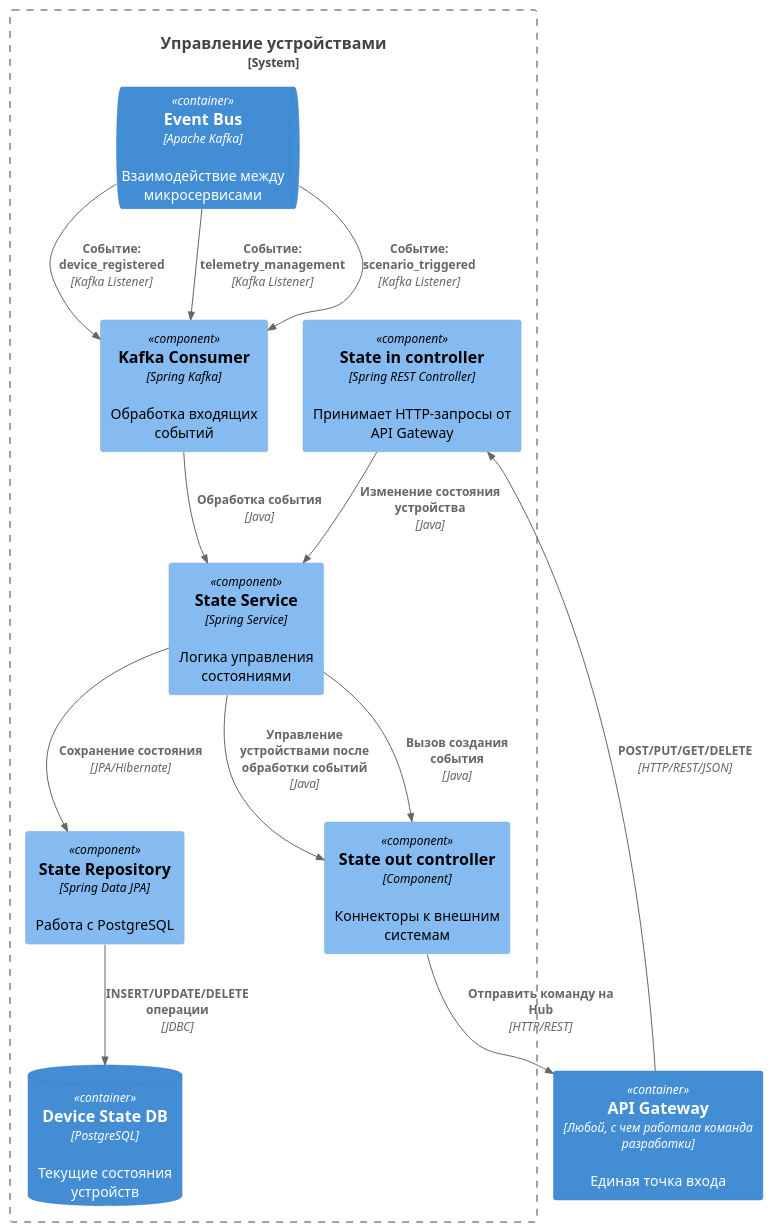
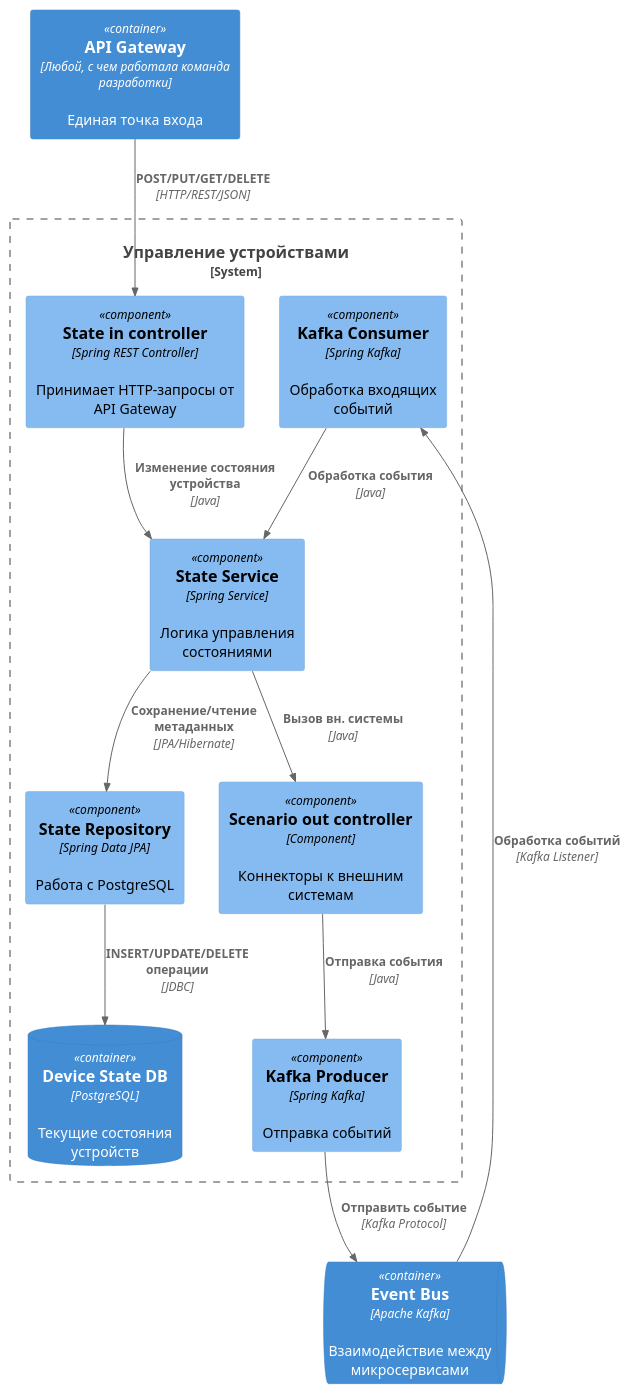
The diagram in to_be_architecture/device_manager.puml (Azhdankov/architecture-sprint-3), drawn with PlantUML before and after one commit. The commit also changed 17 other files, not shown here.

```diff
--- a/to_be_architecture/device_manager.puml
+++ b/to_be_architecture/device_manager.puml
@@ -1,30 +1,29 @@
 @startuml DeviceStateManagerComponents
 !include https://raw.githubusercontent.com/plantuml-stdlib/C4-PlantUML/master/C4_Component.puml
 
 System_Boundary(device_manager_boundary, "Управление устройствами") {
     ContainerDb(device_state_db, "Device State DB", "PostgreSQL", "Текущие состояния устройств")
-    ContainerQueue(kafka, "Event Bus", "Apache Kafka", "Взаимодействие между микросервисами")
 
     Component(state_in, "State in controller", "Spring REST Controller", "Принимает HTTP-запросы от API Gateway")
-    Component(state_out, "State out controller", "Component", "Коннекторы к внешним системам")
     Component(state_service, "State Service", "Spring Service", "Логика управления состояниями")
     Component(state_repository, "State Repository", "Spring Data JPA", "Работа с PostgreSQL")
+    Component(state_out, "Scenario out controller", "Component", "Коннекторы к внешним системам")
     Component(kafka_consumer, "Kafka Consumer", "Spring Kafka", "Обработка входящих событий")
+    Component(kafka_producer, "Kafka Producer", "Spring Kafka", "Отправка событий")
 }
 
+ContainerQueue(kafka, "Event Bus", "Apache Kafka", "Взаимодействие между микросервисами")
 Container(api_gateway, "API Gateway", "Любой, с чем работала команда разработки", "Единая точка входа")
 
 Rel(api_gateway, state_in, "POST/PUT/GET/DELETE", "HTTP/REST/JSON")
 
 Rel(state_in, state_service, "Изменение состояния устройства", "Java")
-Rel(state_service, state_repository, "Сохранение состояния", "JPA/Hibernate")
+Rel(state_service, state_repository, "Сохранение/чтение метаданных", "JPA/Hibernate")
 Rel(state_repository, device_state_db, "INSERT/UPDATE/DELETE операции", "JDBC")
-Rel(state_service, state_out, "Вызов создания события", "Java")
-Rel(kafka, kafka_consumer, "Событие: device_registered", "Kafka Listener")
-Rel(kafka, kafka_consumer, "Событие: telemetry_management", "Kafka Listener")
-Rel(kafka, kafka_consumer, "Событие: scenario_triggered", "Kafka Listener")
+Rel(kafka, kafka_consumer, "Обработка событий", "Kafka Listener")
 Rel(kafka_consumer, state_service, "Обработка события", "Java")
-Rel(state_service, state_out, "Управление устройствами после обработки событий", "Java")
+Rel(state_service, state_out, "Вызов вн. системы", "Java")
+Rel(state_out, kafka_producer, "Отправка события", "Java")
+Rel(kafka_producer, kafka, "Отправить событие", "Kafka Protocol")
 
-Rel(state_out, api_gateway, "Отправить команду на Hub", "HTTP/REST")
 @enduml
```
